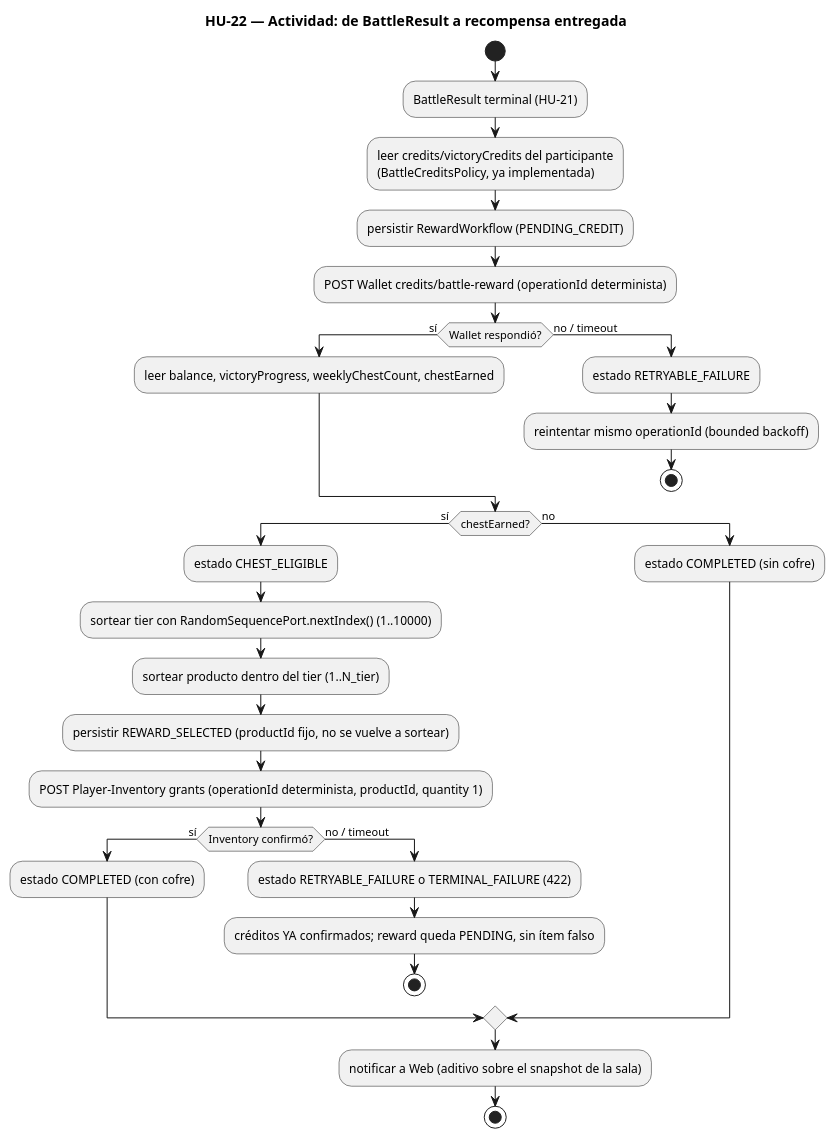
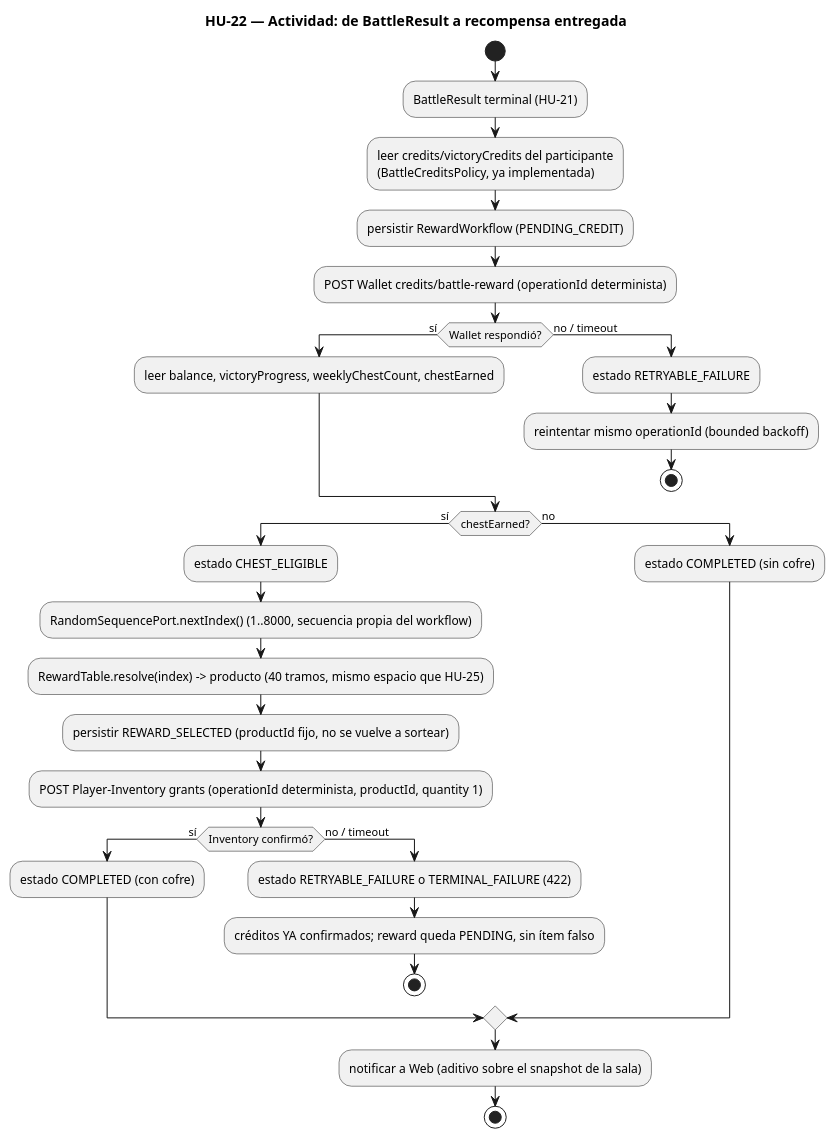
Before and after one commit to Nexus-Battle-VI/Nexus-Battle-Infrastructure: the diagram in docs/diagrams/hu-22-activity-reward.puml, drawn with PlantUML. The commit also changed 3 other files, not shown here.

First line of the commit message:
docs(rewards): [HU-22] corregir el RNG del cofre al espacio real de RandomIndex

```diff
--- a/docs/diagrams/hu-22-activity-reward.puml
+++ b/docs/diagrams/hu-22-activity-reward.puml
@@ -1,37 +1,37 @@
 @startuml hu-22-activity-reward
 title HU-22 — Actividad: de BattleResult a recompensa entregada
 
 start
 :BattleResult terminal (HU-21);
 :leer credits/victoryCredits del participante\n(BattleCreditsPolicy, ya implementada);
 :persistir RewardWorkflow (PENDING_CREDIT);
 :POST Wallet credits/battle-reward (operationId determinista);
 
 if (Wallet respondió?) then (sí)
   :leer balance, victoryProgress, weeklyChestCount, chestEarned;
 else (no / timeout)
   :estado RETRYABLE_FAILURE;
   :reintentar mismo operationId (bounded backoff);
   stop
 endif
 
 if (chestEarned?) then (sí)
   :estado CHEST_ELIGIBLE;
-  :sortear tier con RandomSequencePort.nextIndex() (1..10000);
-  :sortear producto dentro del tier (1..N_tier);
+  :RandomSequencePort.nextIndex() (1..8000, secuencia propia del workflow);
+  :RewardTable.resolve(index) -> producto (40 tramos, mismo espacio que HU-25);
   :persistir REWARD_SELECTED (productId fijo, no se vuelve a sortear);
   :POST Player-Inventory grants (operationId determinista, productId, quantity 1);
   if (Inventory confirmó?) then (sí)
     :estado COMPLETED (con cofre);
   else (no / timeout)
     :estado RETRYABLE_FAILURE o TERMINAL_FAILURE (422);
     :créditos YA confirmados; reward queda PENDING, sin ítem falso;
     stop
   endif
 else (no)
   :estado COMPLETED (sin cofre);
 endif
 
 :notificar a Web (aditivo sobre el snapshot de la sala);
 stop
 @enduml
```
